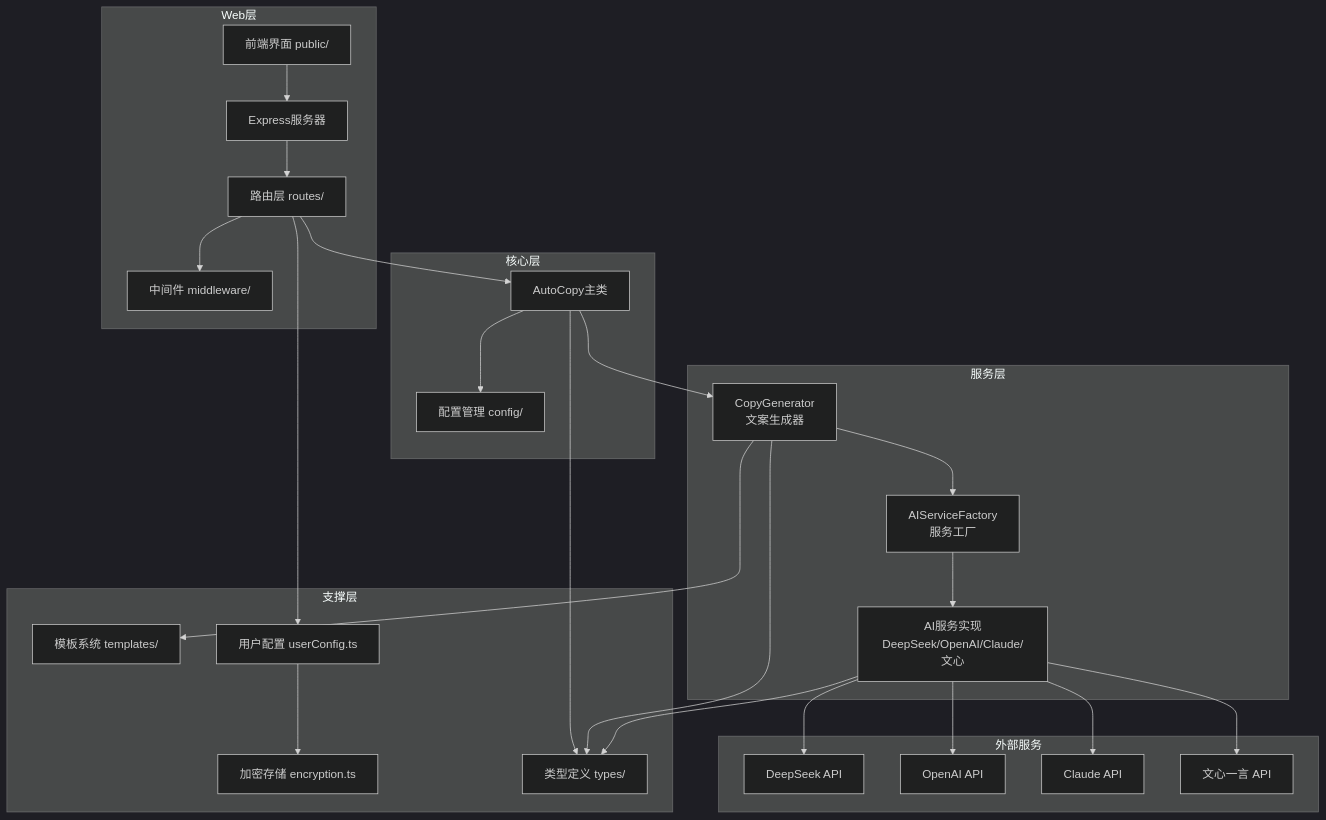
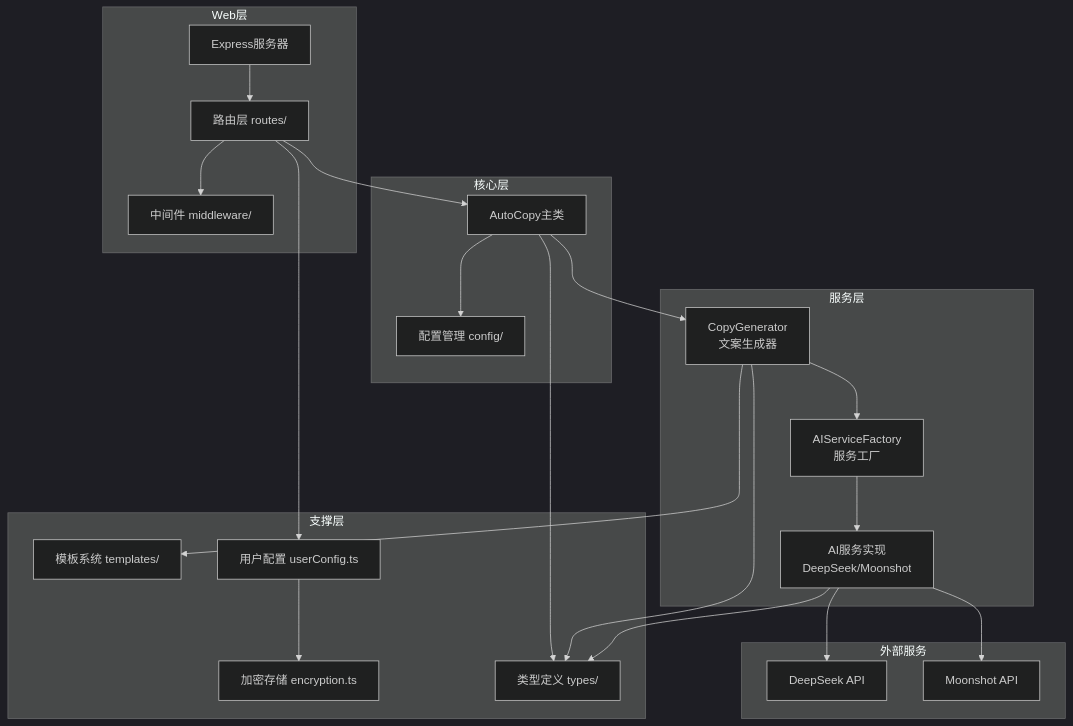
One commit to Yuuine/autocopy changed the diagram in README.md. Above: the diagram before and after it, drawn with Mermaid (dark theme). The commit also changed other lines of this file and 4 other files, not shown here.

````diff
--- a/README.md
+++ b/README.md
@@ -7,53 +7,47 @@
 ```mermaid
 flowchart TB
     subgraph Web层
-        UI[前端界面 public/]
         EXP[Express服务器]
         RTE[路由层 routes/]
         MDW[中间件 middleware/]
     end
 
     subgraph 核心层
         AC[AutoCopy主类]
         CFG[配置管理 config/]
     end
 
     subgraph 服务层
         GEN[CopyGenerator<br/>文案生成器]
         FACT[AIServiceFactory<br/>服务工厂]
-        AI[AI服务实现<br/>DeepSeek/OpenAI/Claude/文心]
+        AI[AI服务实现<br/>DeepSeek/Moonshot]
     end
 
     subgraph 支撑层
         TPL[模板系统 templates/]
         ENC[加密存储 encryption.ts]
         UCFG[用户配置 userConfig.ts]
         TYP[类型定义 types/]
     end
 
     subgraph 外部服务
         DS[DeepSeek API]
-        OAI[OpenAI API]
-        CLD[Claude API]
-        WX[文心一言 API]
+        MS[Moonshot API]
     end
 
-    UI --> EXP
     EXP --> RTE
     RTE --> MDW
     RTE --> AC
     AC --> CFG
     AC --> GEN
     GEN --> FACT
     FACT --> AI
     GEN --> TPL
     AI --> DS
-    AI --> OAI
-    AI --> CLD
-    AI --> WX
+    AI --> MS
     RTE --> UCFG
     UCFG --> ENC
     AC --> TYP
     GEN --> TYP
     AI --> TYP
 ```
````
